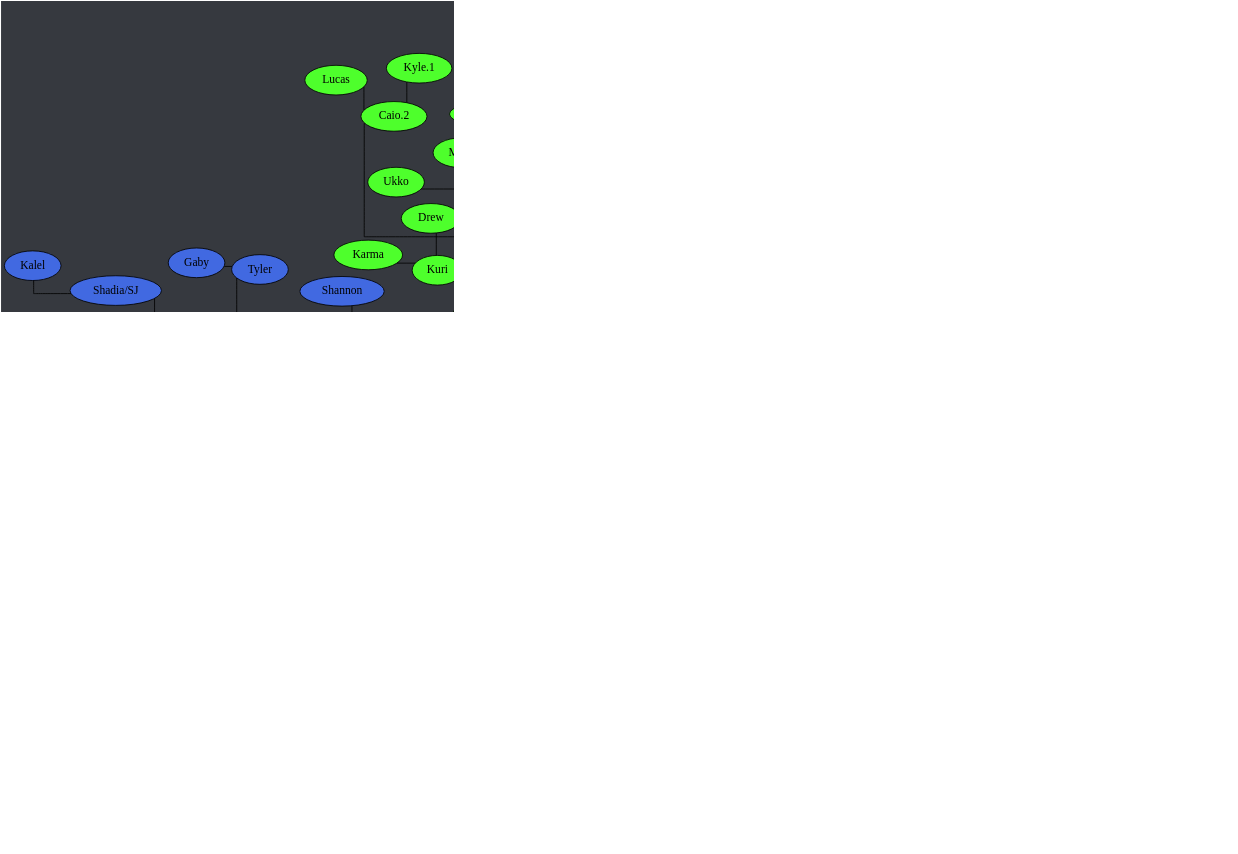
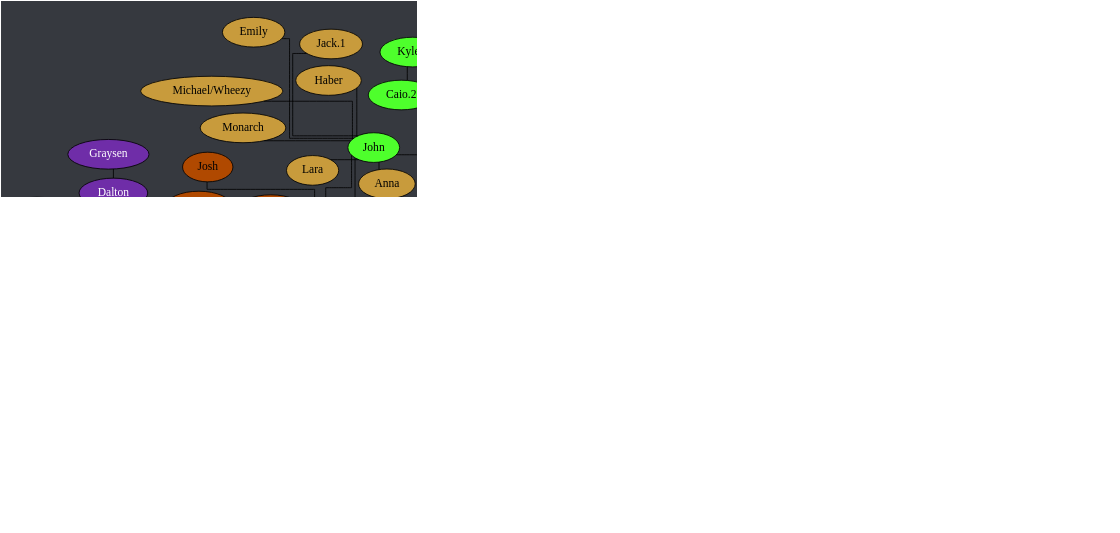
Before and after one commit to Documidas/CoronaCatzFamilyTree: the diagram in tree.dot, drawn with Graphviz. The commit also changed 1 other file, not shown here.

```diff
--- a/tree.dot
+++ b/tree.dot
@@ -1,185 +1,171 @@
 strict graph {
 	// Layout Configuration
 	layout = neato;
 	dpi = 200;
 	epsilon = 0.01;
 	mode = major;
 	model = subset;
 	overlap = false;
 	splines = ortho;
 	start = rand;
 
 	// Visual Configuration
 	graph [ truecolor=true bgcolor="#36393f" ];
 	node [ style=filled fillcolor="gray" fontcolor="black" ];
 
 	subgraph "Joel" {
 		node [ style=filled fillcolor="firebrick4" fontcolor="white" ];
 		Joel [ style=filled fillcolor="gold" fontcolor="black" ];
 
 		Cayla -- "Ali.2";
 		Cayla -- Jonathan;
 		Cayla -- Kate;
 		Cayla -- Ranger;
 		Joel -- Anders;
 		Joel -- Cayla;
 		Joel -- Conner;
 		Joel -- Jared;
 		Joel -- Kat;
 		Joel -- Patrick;
 		Joel -- Steven;
 	}
 
 	subgraph "Anders" {
 		node [ style=filled fillcolor="green4" fontcolor="white" ];
 		// Anders [ style=filled fillcolor="green4" fontcolor="white" ];
 
 		Anders -- Chiara;
 		Anders -- Cody;
 		Anders -- Daniel;
 		Anders -- "Derek/Yaupon";
 		Anders -- DJ;
 		Anders -- Hahnur;
 		Anders -- Jen;
 		Anders -- "Matt.2";
 		Anders -- Solis;
 		Anders -- Will;
 		Anders -- Wyatt;
 		Anders -- Zach;
 	}
 
 	subgraph "Jared" {
 		node [ style=filled fillcolor="royalblue" fontcolor="black" ];
 		// Jared [ style=filled fillcolor="royalblue" fontcolor="black" ];
 
 		Andrew -- Hannah;
-		Carter -- Tom;
 		Cole -- "Shadia/SJ";
-		Dave -- Everett;
 		Donnie -- Bianca;
 		Donnie -- Bryan;
 		Donnie -- Troy;
-		Greg -- "Ali.1";
 		Greg -- Andrew;
 		Greg -- Carter;
 		Greg -- "John Boi";
 		Greg -- Tails;
 		Greg -- Tanyon;
 		Hannah -- Raana;
 		Jared -- Brandi;
 		Jared -- Dave;
 		Jared -- Donnie;
 		Jared -- Fabi;
 		Jared -- "Jack.2";
 		Jared -- Cole;
-		Jared -- Fitz;
 		Jared -- Kamon;
 		Jared -- Greg;
 		Jared -- Isabelle;
 		Jared -- Mason;
 		Jared -- "Matt.1";
 		Jared -- Mehmet;
 		Jared -- Nam;
 		Jared -- Pixie;
 		Jared -- Shannon;
 		Jared -- Spencer;
 		Jared -- Tyler;
 		Jared -- "Zach/Laniakea";
 		Jared -- Zoe;
 		"Shadia/SJ" -- Kalel;
 		Troy -- Drake;
 		Tyler -- Gaby;
 		Zoe -- Brandon;
-		Zoe -- Jasper;
-		Zoe -- Jacob;
 	}
 
 	subgraph "Zach/Laniakea" {
 		node [ style=filled fillcolor="#4eff2c" fontcolor="black" ];
 		// "Zach/Laniakea" [ style=filled fillcolor="#4eff2c" fontcolor="black" ];
 
 		"Caio.2" -- "Kyle.1";
 		"Caio.2" -- Lucas;
-		Kuri -- Drew;
 		Kuri -- Jon;
 		Kuri -- Karma;
 		"Ryan/Wenger" -- Gracie;
 		"Zach/Laniakea" -- Allen;
 		"Zach/Laniakea" -- "Caio.2";
 		"Zach/Laniakea" -- Colin;
 		"Zach/Laniakea" -- John;
 		"Zach/Laniakea" -- Logan;
 		"Zach/Laniakea" -- Kevin;
 		"Zach/Laniakea" -- Kuri;
 		"Zach/Laniakea" -- "Kyle.0";
 		"Zach/Laniakea" -- Mike;
 		"Zach/Laniakea" -- "Ryan/Wenger";
 		"Zach/Laniakea" -- "Ukko";
 	}
 
 	subgraph "John" {
 		node [ style=filled fillcolor="#c89b3c" fontcolor="black" ];
 		// John [ style=filled fillcolor="#c89b3c" fontcolor="black" ];
 
-		Haber -- "Derek/Nomad";
 		John -- Anna;
 		John -- Emily;
 		John -- Haber;
 		John -- Jay;
-		John -- Jack;
+		John -- "Jack.1";
 		John -- Lara;
 		John -- Monarch;
-		John -- "Oliger/Leanza";
 		John -- Thomas;
 	}
 
 	subgraph "John-stream" {
 		// node [ style=filled fillcolor="#9147ff" fontcolor="black" ];
 		node [ style=filled fillcolor="#c89b3c" fontcolor="black" ];
 
 		John -- "Michael/Wheezy";
 	}
 
 	subgraph "Thomas" {
 		node [ style=filled fillcolor="#b04900" fontcolor="black" ];
 		// Thomas [ style=filled fillcolor="#b04900" fontcolor="black" ];
 
 		Thomas -- Alex;
 		Thomas -- Bob;
 		Thomas -- JD;
 		Thomas -- Josh;
 		Thomas -- Juan;
-		Thomas -- Michael;
 		Thomas -- Taylor;
 		Thomas -- Tony;
-		Thomas -- "Travis.1";
-		Thomas -- "Travis.2";
-		Tony -- GT;
+		Thomas -- Travis;
 	}
 
 	subgraph "Alex" {
 		node [ style=filled fillcolor="#6f2da8" fontcolor="white" ];
 		// Alex [ style=filled fillcolor="#6f2da8" fontcolor="black" ];
 
 		Alex -- "Alex/Blitt";
 		Alex -- "Da'Von";
 		Alex -- Sam;
 		"Alex/Blitt" -- Alan;
 		"Alex/Blitt" -- "Alex the 3rd";
 		"Alex/Blitt" -- Brian;
 		"Alex/Blitt" -- Carlos;
 		"Alex/Blitt" -- Chris;
-		"Alex/Blitt" -- Frank;
 		"Alex/Blitt" -- Gabriel;
 		"Alex/Blitt" -- "Kyle.3";
 		"Alex/Blitt" -- Laske;
 		"Alex/Blitt" -- "Ryan.1";
 		"Alex/Blitt" -- "Sam.2";
 		"Da'Von" -- Dalton;
-		"Da'Von" -- Dalyn;
 		"Da'Von" -- Zeller;
 		Dalton -- Graysen;
 		Gabriel -- "Ryan.2";
 		Zeller -- Sierra;
 	}
 }
```
